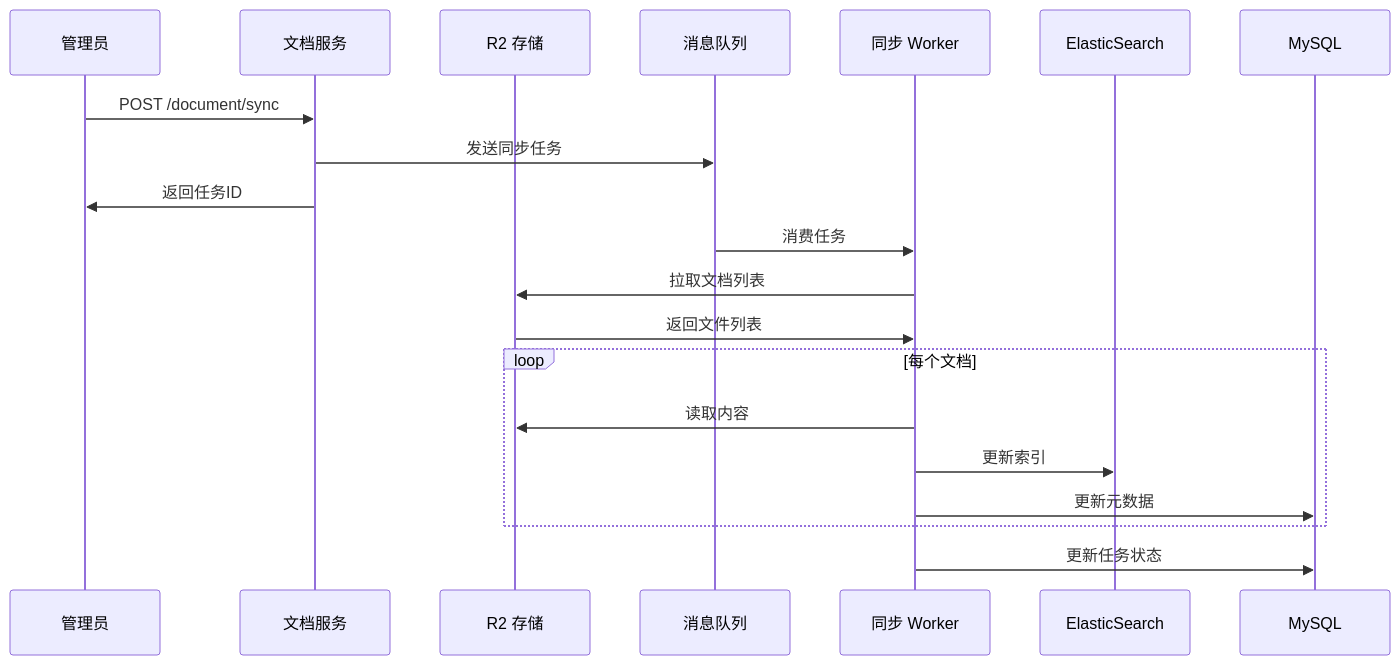
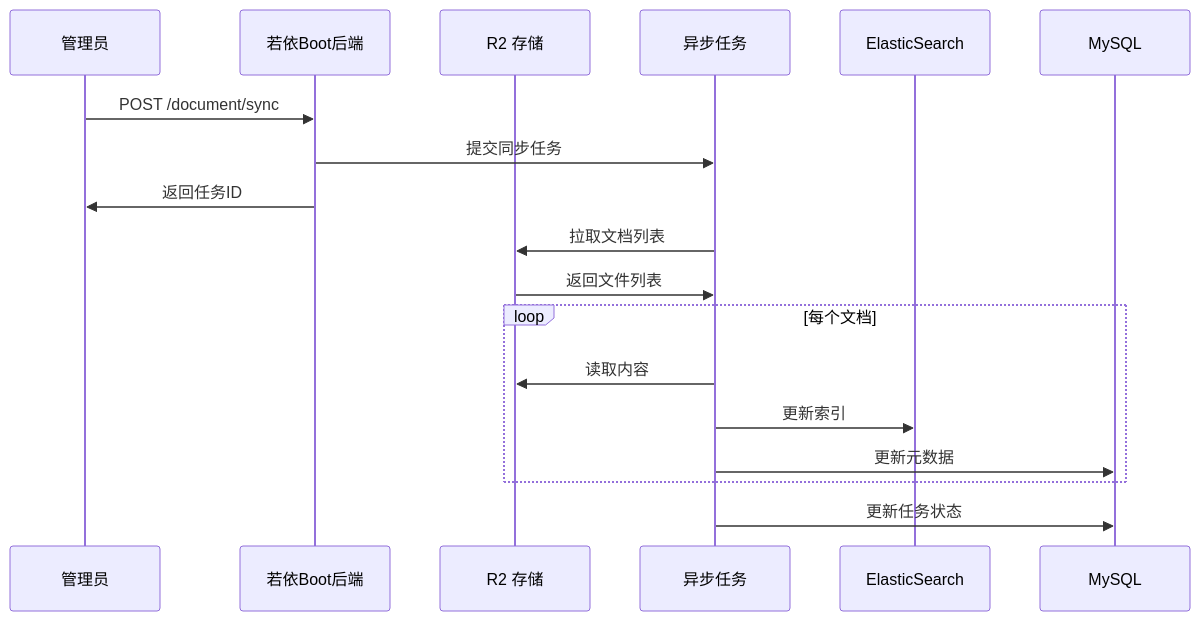
One commit to MisinGuo/game-box-web changed the second of 3 diagrams in docs/API接口文档.md. Above: the diagram before and after it, drawn with Mermaid. The commit also changed other lines of this file and 15 other files, not shown here.

````diff
--- a/docs/API接口文档.md
+++ b/docs/API接口文档.md
@@ -927,26 +1157,24 @@
 ```mermaid
 sequenceDiagram
     participant Admin as 管理员
-    participant API as 文档服务
+    participant Backend as 若依Boot后端
     participant R2 as R2 存储
-    participant MQ as 消息队列
-    participant Worker as 同步 Worker
+    participant Async as 异步任务
     participant ES as ElasticSearch
     participant DB as MySQL
     
-    Admin->>API: POST /document/sync
-    API->>MQ: 发送同步任务
-    API->>Admin: 返回任务ID
+    Admin->>Backend: POST /document/sync
+    Backend->>Async: 提交同步任务
+    Backend->>Admin: 返回任务ID
     
-    MQ->>Worker: 消费任务
-    Worker->>R2: 拉取文档列表
-    R2->>Worker: 返回文件列表
+    Async->>R2: 拉取文档列表
+    R2->>Async: 返回文件列表
     
     loop 每个文档
-        Worker->>R2: 读取内容
-        Worker->>ES: 更新索引
-        Worker->>DB: 更新元数据
+        Async->>R2: 读取内容
+        Async->>ES: 更新索引
+        Async->>DB: 更新元数据
     end
     
-    Worker->>DB: 更新任务状态
+    Async->>DB: 更新任务状态
 ```
````
